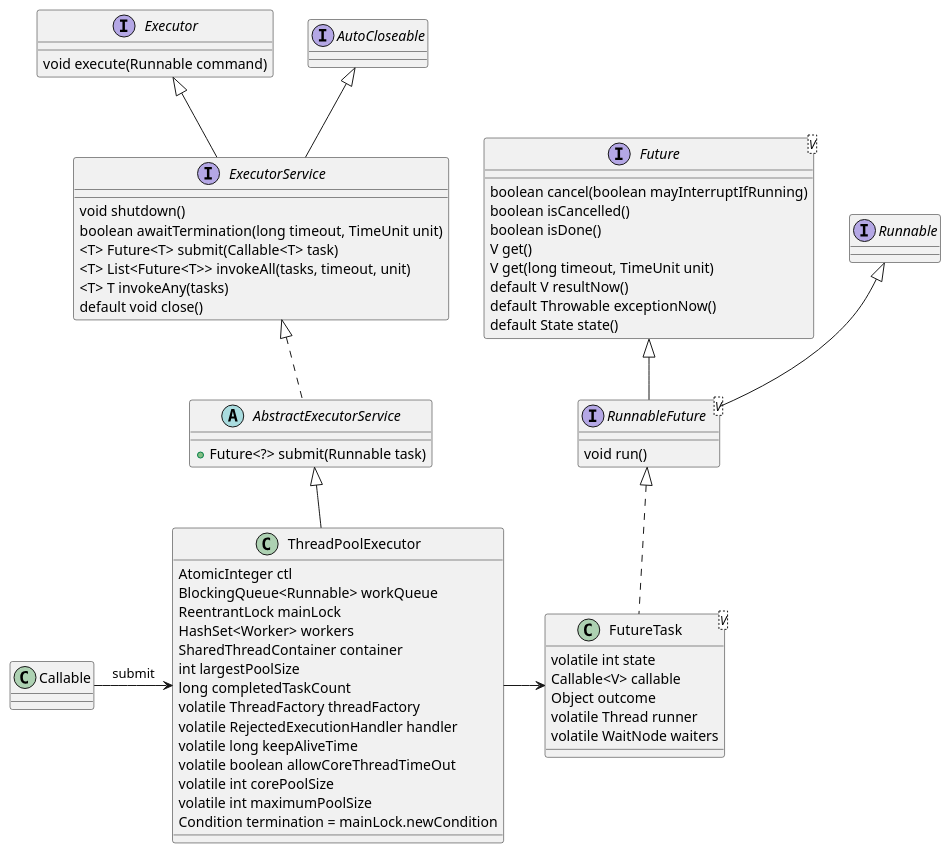
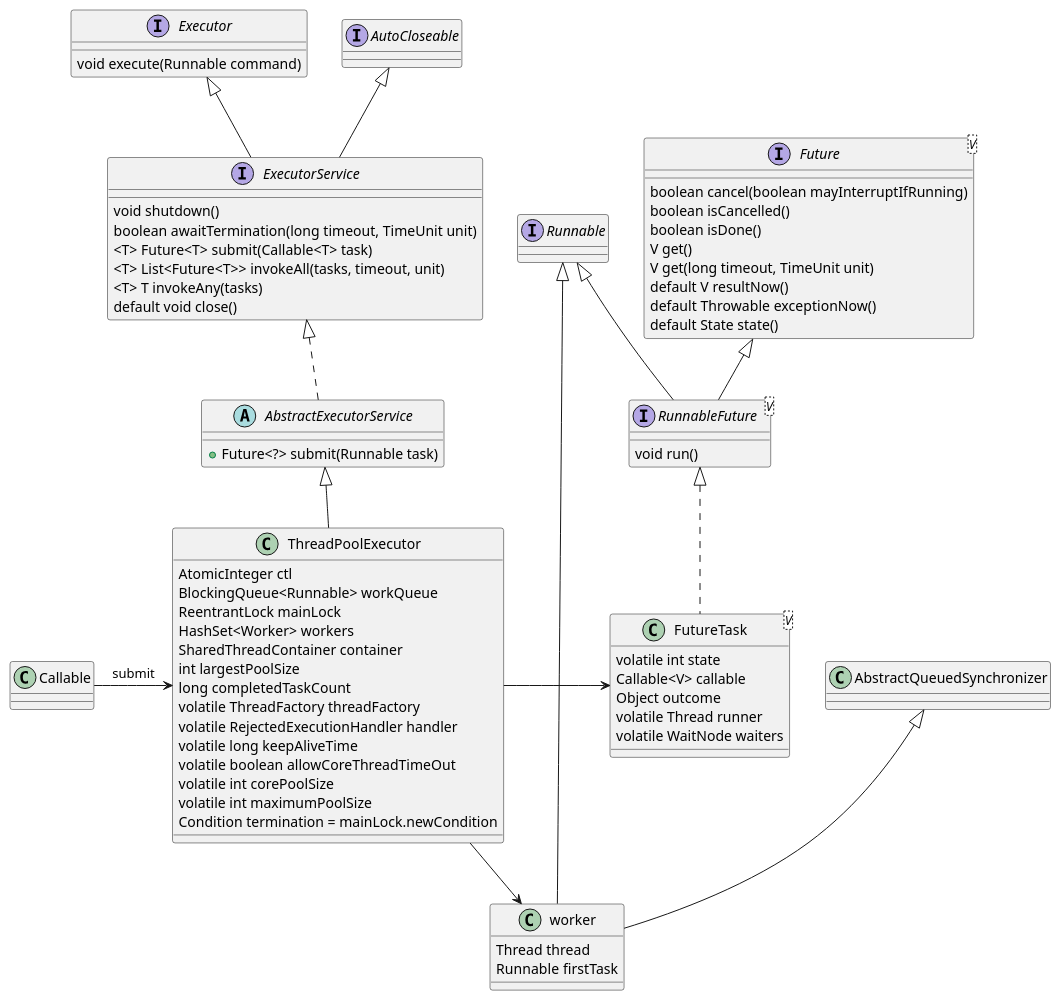
The first of 2 diagrams in content/post/java/concurrency/scheduling.md (kevinwang930/kevinwang930.github.io), drawn with PlantUML before and after one commit. The commit also changed 6 other files, not shown here.

````diff
--- a/content/post/java/concurrency/scheduling.md
+++ b/content/post/java/concurrency/scheduling.md
@@ -53,65 +53,71 @@
 ```plantuml
 
 interface Executor {
     void execute(Runnable command)
 }
 interface ExecutorService extends Executor, AutoCloseable {
     void shutdown()
     boolean awaitTermination(long timeout, TimeUnit unit)
     <T> Future<T> submit(Callable<T> task)
     <T> List<Future<T>> invokeAll(tasks, timeout, unit)
     <T> T invokeAny(tasks)
     default void close()
 }
 abstract class AbstractExecutorService implements ExecutorService {
     + Future<?> submit(Runnable task)
 }
 
 interface Future<V> {
     boolean cancel(boolean mayInterruptIfRunning)
     boolean isCancelled()
     boolean isDone()
     V get() 
     V get(long timeout, TimeUnit unit)
     default V resultNow() 
     default Throwable exceptionNow()
     default State state()
 }
 interface RunnableFuture<V> extends Runnable, Future {
     void run()
 }
 
 class FutureTask<V> implements RunnableFuture {
     volatile int state
     Callable<V> callable
     Object outcome
     volatile Thread runner
     volatile WaitNode waiters
 }
 
 
 
 
 
 class ThreadPoolExecutor extends AbstractExecutorService {
     AtomicInteger ctl
     BlockingQueue<Runnable> workQueue
     ReentrantLock mainLock
     HashSet<Worker> workers
     SharedThreadContainer container
     int largestPoolSize
     long completedTaskCount
     volatile ThreadFactory threadFactory
     volatile RejectedExecutionHandler handler
     volatile long keepAliveTime
     volatile boolean allowCoreThreadTimeOut
     volatile int corePoolSize
     volatile int maximumPoolSize
     Condition termination = mainLock.newCondition
 
 }
 
+class worker extends AbstractQueuedSynchronizer, Runnable {
+    Thread thread
+    Runnable firstTask
+}
+
 Callable -right-> ThreadPoolExecutor: submit
 ThreadPoolExecutor -right-> FutureTask
+ThreadPoolExecutor --> worker
 
 ```
````
